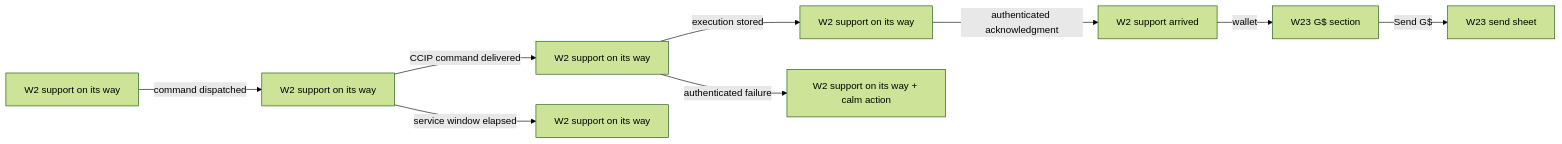
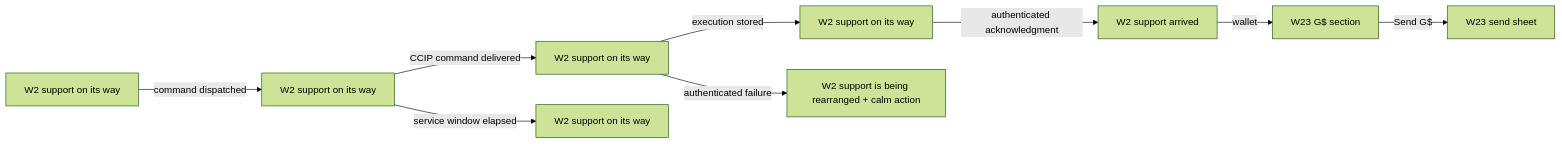
Before and after one commit to greenpill-dev-guild/green-goods: diagram 11 of 16 in .plans/active/commitment-pooling/prototypes.md, drawn with Mermaid (forest theme). The commit also changed other lines of this file and 3 other files, not shown here.

Commit message:
docs(client): finish prototype and timeline sync

````diff
--- a/.plans/active/commitment-pooling/prototypes.md
+++ b/.plans/active/commitment-pooling/prototypes.md
@@ -507,11 +507,11 @@
 ```mermaid
 flowchart LR
   Q["W2 support on its way"] -->|"command dispatched"| A["W2 support on its way"]
   A -->|"CCIP command delivered"| B["W2 support on its way"]
   A -->|"service window elapsed"| H["W2 support on its way"]
   B -->|"execution stored"| C["W2 support on its way"]
   C -->|"authenticated acknowledgment"| D["W2 support arrived"]
   D -->|"wallet"| E["W23 G$ section"]
   E -->|"Send G$"| F["W23 send sheet"]
-  B -->|"authenticated failure"| G["W2 support on its way + calm action"]
+  B -->|"authenticated failure"| G["W2 support is being rearranged + calm action"]
 ```
````
